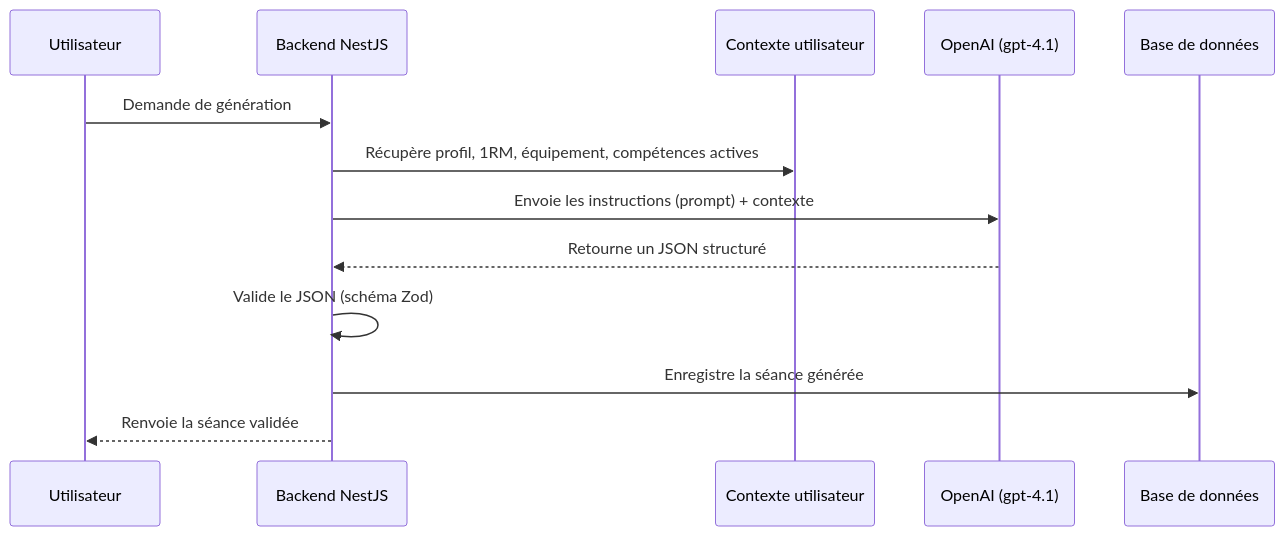
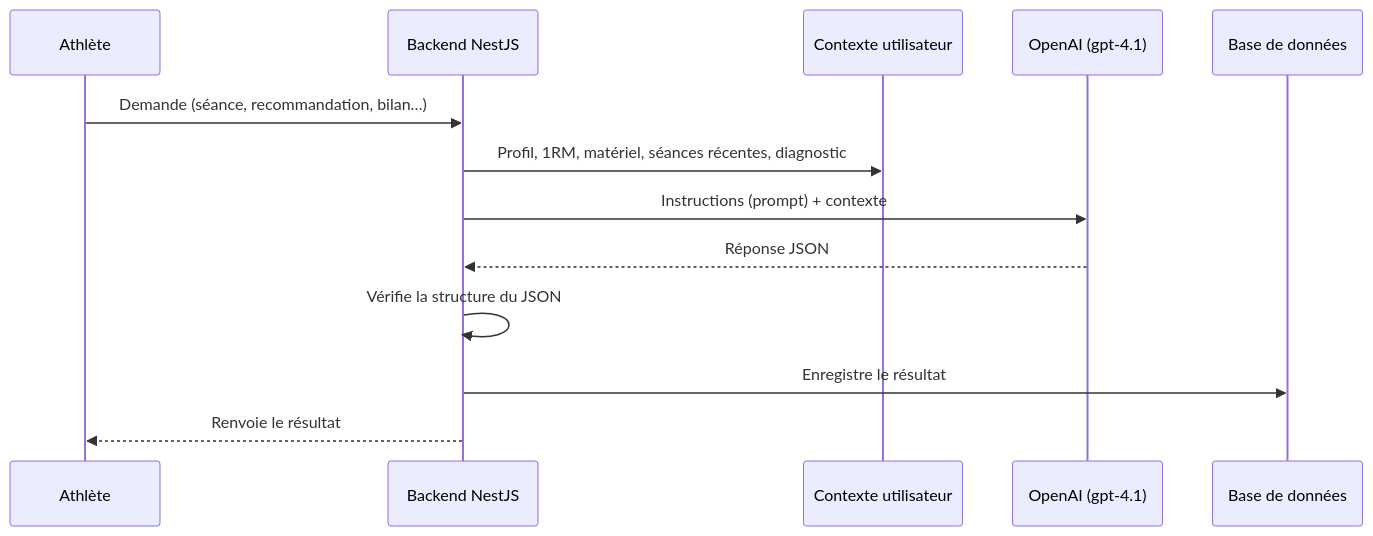
The diagram in docs/generation-ia.md (Dawie33/training-camp), drawn with Mermaid before and after one commit. The commit also changed other lines of this file and 8 other files, not shown here.

````diff
--- a/docs/generation-ia.md
+++ b/docs/generation-ia.md
@@ -13,16 +17,16 @@
 ```mermaid
 sequenceDiagram
-    participant U as Utilisateur
+    participant U as Athlète
     participant B as Backend NestJS
     participant C as Contexte utilisateur
     participant IA as OpenAI (gpt-4.1)
     participant D as Base de données
 
-    U->>B: Demande de génération
-    B->>C: Récupère profil, 1RM, équipement, compétences actives
-    B->>IA: Envoie les instructions (prompt) + contexte
-    IA-->>B: Retourne un JSON structuré
-    B->>B: Valide le JSON (schéma Zod)
-    B->>D: Enregistre la séance générée
-    B-->>U: Renvoie la séance validée
+    U->>B: Demande (séance, recommandation, bilan…)
+    B->>C: Profil, 1RM, matériel, séances récentes, diagnostic
+    B->>IA: Instructions (prompt) + contexte
+    IA-->>B: Réponse JSON
+    B->>B: Vérifie la structure du JSON
+    B->>D: Enregistre le résultat
+    B-->>U: Renvoie le résultat
 ```
````
